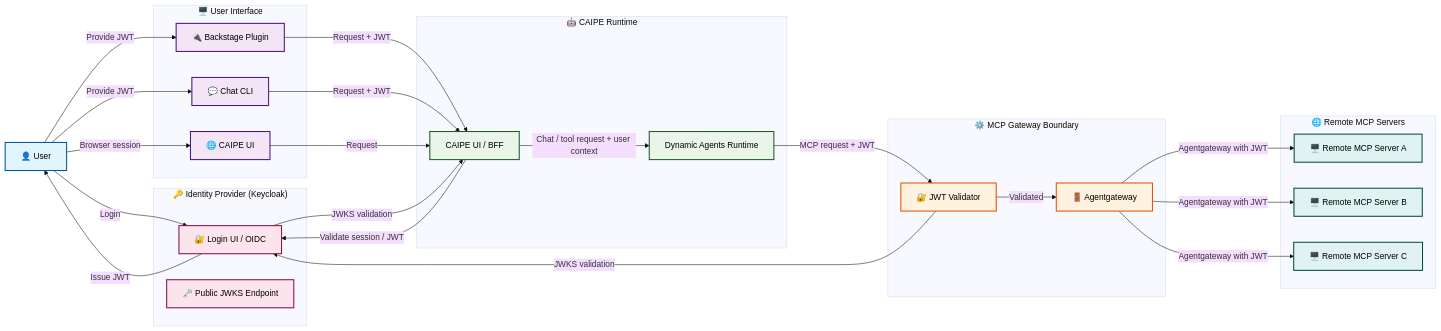
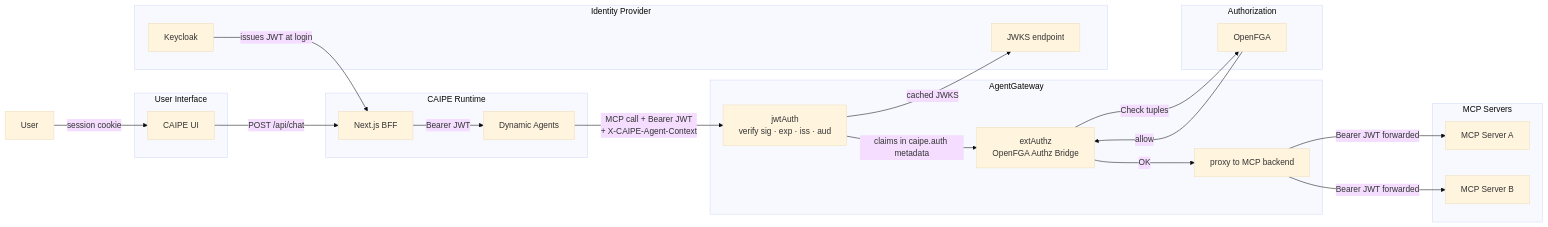
The first of 2 diagrams in docs/docs/architecture/gateway.md (cnoe-io/ai-platform-engineering), drawn with Mermaid (base theme) before and after one commit. The commit also changed other lines of this file and 5 other files, not shown here.

First line of the commit message:
docs(security): consolidate auth flow index and refresh diagrams

````diff
--- a/docs/docs/architecture/gateway.md
+++ b/docs/docs/architecture/gateway.md
@@ -5,67 +9,46 @@
 ```mermaid
 flowchart LR
-  U[👤 User]
+  U[User]
 
-  subgraph Client["🖥️ User Interface"]
-    BP[🔌 Backstage Plugin]
-    CLI[💬 Chat CLI]
-    UI[🌐 CAIPE UI]
+  subgraph Client["User Interface"]
+    UI[CAIPE UI]
   end
 
-  subgraph CAIPE["🤖 CAIPE Runtime"]
-    BFF[CAIPE UI / BFF]
-    DA[Dynamic Agents Runtime]
+  subgraph CAIPE["CAIPE Runtime"]
+    BFF[Next.js BFF]
+    DA[Dynamic Agents]
   end
 
-  subgraph Gateway["⚙️ MCP Gateway Boundary"]
-    JV[🔐 JWT Validator]
-    MP[🚪 Agentgateway]
+  subgraph AGW["AgentGateway"]
+    JWT[jwtAuth\nverify sig · exp · iss · aud]
+    EXT[extAuthz\nOpenFGA Authz Bridge]
+    PROXY[proxy to MCP backend]
   end
 
-  subgraph IDP["🔑 Identity Provider (Keycloak)"]
-    K[🔐 Login UI / OIDC]
-    JWKS[🗝️ Public JWKS Endpoint]
+  subgraph IDP["Identity Provider"]
+    KC[Keycloak]
+    JWKS[JWKS endpoint]
   end
 
-  subgraph MCP["🌐 Remote MCP Servers"]
-    M1[🖥️ Remote MCP Server A]
-    M2[🖥️ Remote MCP Server B]
-    M3[🖥️ Remote MCP Server C]
+  subgraph FGA["Authorization"]
+    OFG[OpenFGA]
   end
 
-  %% Auth path
-  U -->|Login| K
-  K -->|Issue JWT| U
-  U -->|Provide JWT| BP
-  U -->|Provide JWT| CLI
-  U -->|Browser session| UI
+  subgraph MCP["MCP Servers"]
+    M1[MCP Server A]
+    M2[MCP Server B]
+  end
 
-  %% Request flow
-  BP -->|Request + JWT| BFF
-  CLI -->|Request + JWT| BFF
-  UI -->|Request| BFF
-  BFF -->|Validate session / JWT| K
-  K -->|JWKS validation| BFF
-  BFF -->|Chat / tool request + user context| DA
-  DA -->|MCP request + JWT| JV
-  JV -->|JWKS validation| K
-  JV -->|Validated| MP
-  MP -->|Agentgateway with JWT| M1
-  MP -->|Agentgateway with JWT| M2
-  MP -->|Agentgateway with JWT| M3
-
-  %% Styling
-  classDef userClass fill:#e1f5fe,stroke:#01579b,stroke-width:2px,color:#000
-  classDef clientClass fill:#f3e5f5,stroke:#4a148c,stroke-width:2px,color:#000
-  classDef caipeClass fill:#e8f5e8,stroke:#1b5e20,stroke-width:2px,color:#000
-  classDef subagentClass fill:#fff3e0,stroke:#e65100,stroke-width:2px,color:#000
-  classDef idpClass fill:#fce4ec,stroke:#880e4f,stroke-width:2px,color:#000
-  classDef mcpClass fill:#e0f2f1,stroke:#004d40,stroke-width:2px,color:#000
-
-  class U userClass
-  class BP,CLI,UI clientClass
-  class BFF,DA caipeClass
-  class JV,MP subagentClass
-  class K,JWKS idpClass
-  class M1,M2,M3 mcpClass
+  U -->|session cookie| UI
+  UI -->|POST /api/chat| BFF
+  BFF -->|Bearer JWT| DA
+  DA -->|MCP call + Bearer JWT\n+ X-CAIPE-Agent-Context| JWT
+  JWT -->|cached JWKS| JWKS
+  JWT -->|claims in caipe.auth metadata| EXT
+  EXT -->|Check tuples| OFG
+  OFG -->|allow| EXT
+  EXT -->|OK| PROXY
+  PROXY -->|Bearer JWT forwarded| M1
+  PROXY -->|Bearer JWT forwarded| M2
+  KC -->|issues JWT at login| BFF
 ```
````
